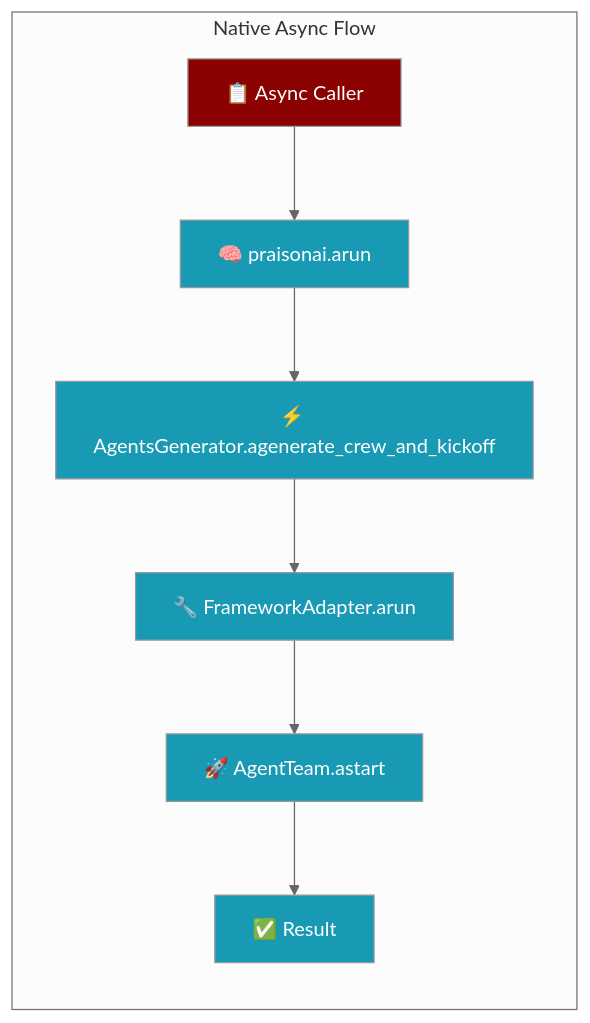
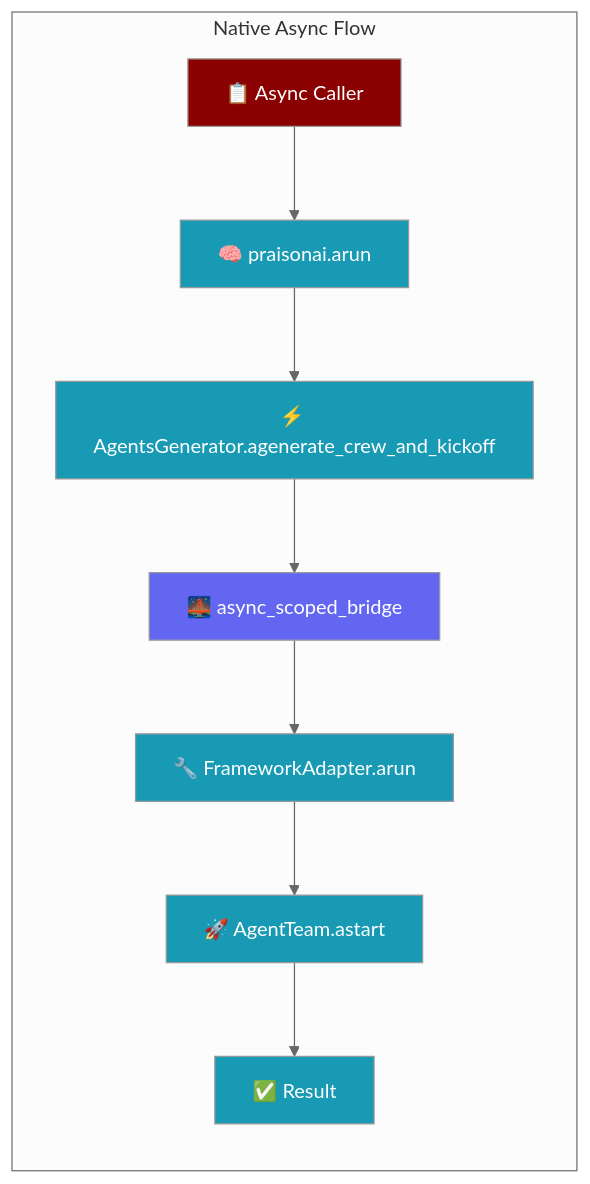
Before and after one commit to MervinPraison/PraisonAIDocs: the first of 3 diagrams in docs/features/async-crew-kickoff.mdx, drawn with Mermaid (neutral theme). The commit also changed other lines of this file and 1 other file, not shown here.

Commit message:
docs: document async_scoped_bridge() and symmetric async isolation (fixes #4221)

````diff
--- a/docs/features/async-crew-kickoff.mdx
+++ b/docs/features/async-crew-kickoff.mdx
@@ -26,16 +26,19 @@
 ```mermaid
 graph LR
     subgraph "Native Async Flow"
         A[📋 Async Caller] --> B[🧠 praisonai.arun]
         B --> C[⚡ AgentsGenerator.agenerate_crew_and_kickoff]
-        C --> D[🔧 FrameworkAdapter.arun]
+        C --> S[🌉 async_scoped_bridge]
+        S --> D[🔧 FrameworkAdapter.arun]
         D --> E[🚀 AgentTeam.astart]
         E --> F[✅ Result]
     end
     
     classDef agent fill:#8B0000,color:#fff
     classDef tool fill:#189AB4,color:#fff
+    classDef bridge fill:#6366F1,color:#fff
     
     class A agent
     class B,C,D,E,F tool
+    class S bridge
 ```
````
